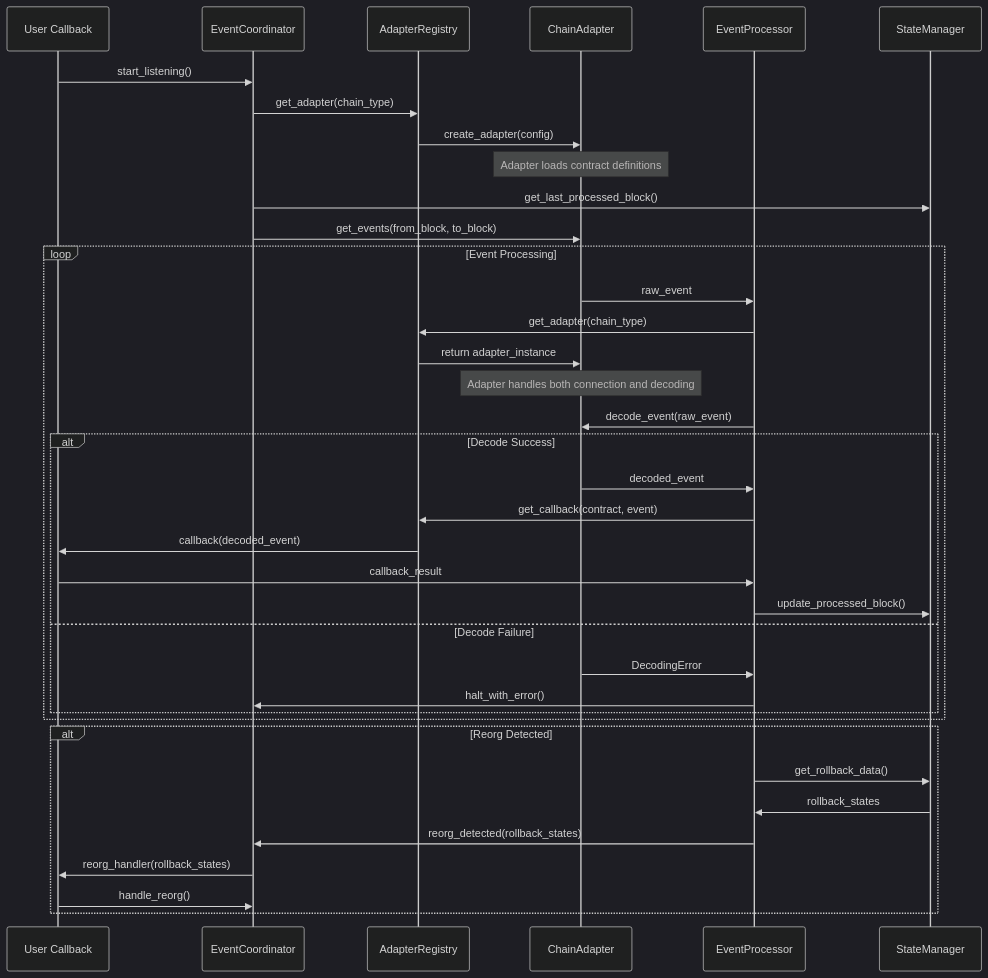
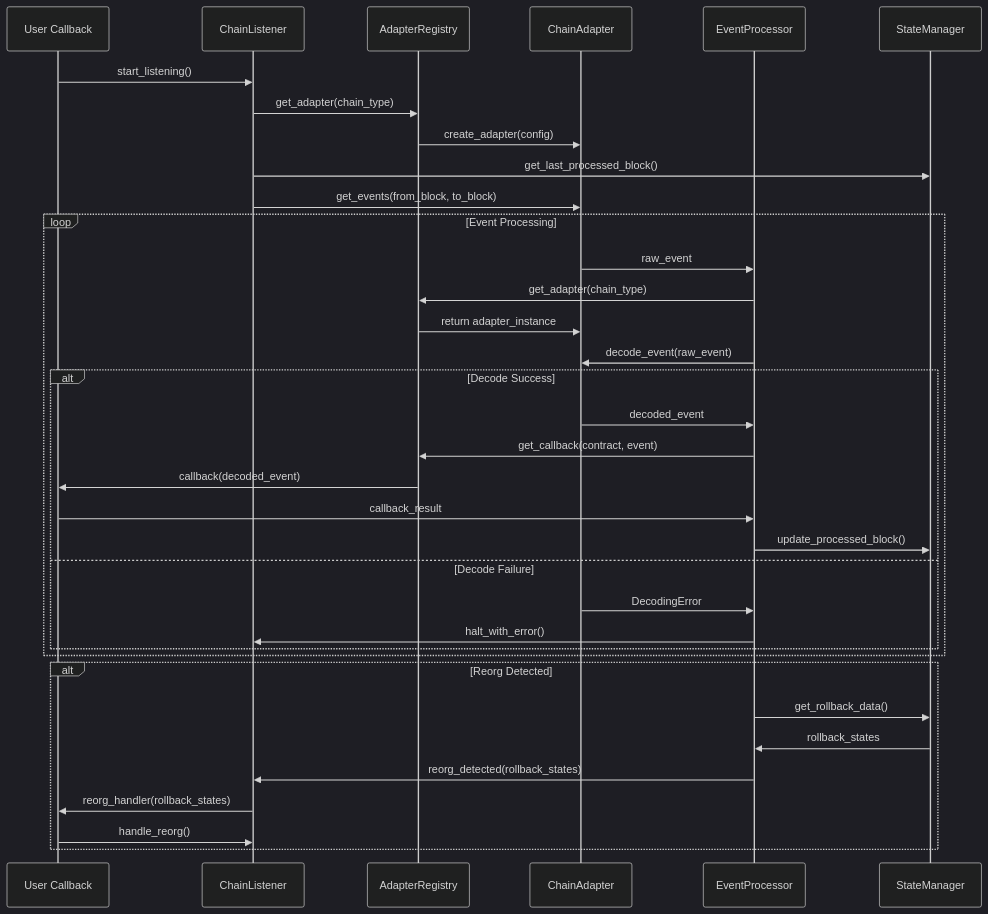
One commit to vincentzhong1997-alt/chain-listener changed the second of 2 diagrams in TECHNICAL_SOLUTION.md. Above: the diagram before and after it, drawn with Mermaid (dark theme). The commit also changed other lines of this file and 2 other files, not shown here.

First line of the commit message:
docs: Update project architecture documentation with comprehensive technical design

````diff
--- a/TECHNICAL_SOLUTION.md
+++ b/TECHNICAL_SOLUTION.md
@@ -571,43 +321,41 @@
 ```mermaid
 sequenceDiagram
     participant User as User Callback
-    participant Coordinator as EventCoordinator
+    participant Coordinator as ChainListener
     participant Registry as AdapterRegistry
     participant Adapter as ChainAdapter
     participant Processor as EventProcessor
     participant StateMgr as StateManager
 
     User->>Coordinator: start_listening()
     Coordinator->>Registry: get_adapter(chain_type)
     Registry->>Adapter: create_adapter(config)
-    Note over Adapter: Adapter loads contract definitions
     Coordinator->>StateMgr: get_last_processed_block()
     Coordinator->>Adapter: get_events(from_block, to_block)
 
     loop Event Processing
         Adapter->>Processor: raw_event
         Processor->>Registry: get_adapter(chain_type)
         Registry->>Adapter: return adapter_instance
-        Note over Adapter: Adapter handles both connection and decoding
         Processor->>Adapter: decode_event(raw_event)
 
         alt Decode Success
             Adapter->>Processor: decoded_event
             Processor->>Registry: get_callback(contract, event)
             Registry->>User: callback(decoded_event)
             User->>Processor: callback_result
             Processor->>StateMgr: update_processed_block()
         else Decode Failure
             Adapter->>Processor: DecodingError
             Processor->>Coordinator: halt_with_error()
         end
     end
 
     alt Reorg Detected
         Processor->>StateMgr: get_rollback_data()
         StateMgr->>Processor: rollback_states
         Processor->>Coordinator: reorg_detected(rollback_states)
         Coordinator->>User: reorg_handler(rollback_states)
         User->>Coordinator: handle_reorg()
     end
 ```
````
